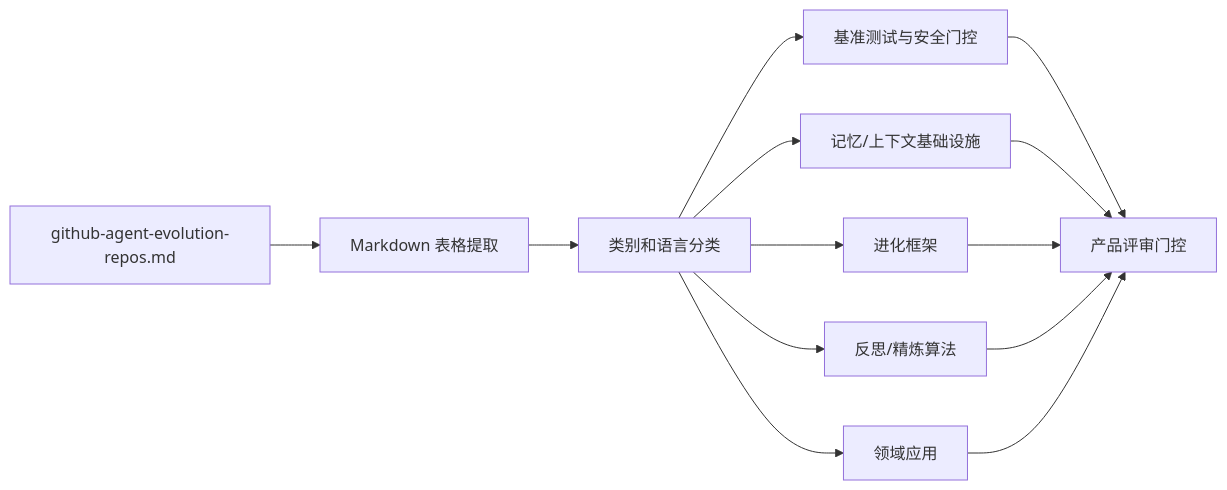
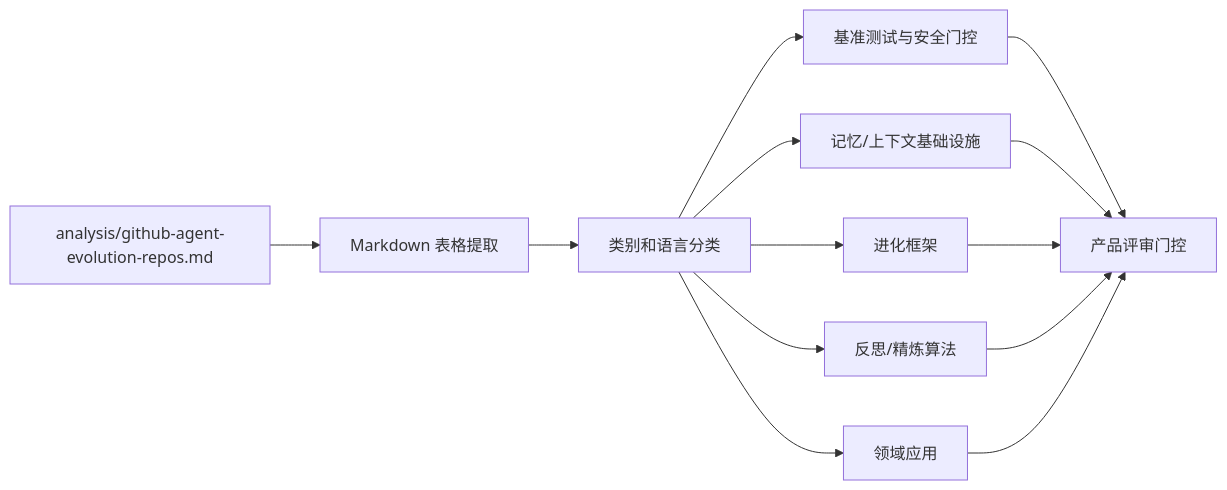
The diagram in review/reports/gitnexus-agent-evolution-review-ZH.md (Shiyao-Huang/awesome-agent-evolution), drawn with Mermaid before and after one commit. The commit also changed other lines of this file and 102 other files, not shown here.

````diff
--- a/review/reports/gitnexus-agent-evolution-review-ZH.md
+++ b/review/reports/gitnexus-agent-evolution-review-ZH.md
@@ -93,15 +93,15 @@
 ```mermaid
 flowchart LR
-  Corpus[github-agent-evolution-repos.md] --> Extractor[Markdown 表格提取]
+  Corpus[analysis/github-agent-evolution-repos.md] --> Extractor[Markdown 表格提取]
   Extractor --> Taxonomy[类别和语言分类]
   Taxonomy --> Memory[记忆/上下文基础设施]
   Taxonomy --> Frameworks[进化框架]
   Taxonomy --> Reflection[反思/精炼算法]
   Taxonomy --> Evaluation[基准测试与安全门控]
   Taxonomy --> Applications[领域应用]
   Evaluation --> ProductGate[产品评审门控]
   Memory --> ProductGate
   Frameworks --> ProductGate
   Reflection --> ProductGate
   Applications --> ProductGate
 ```
````
